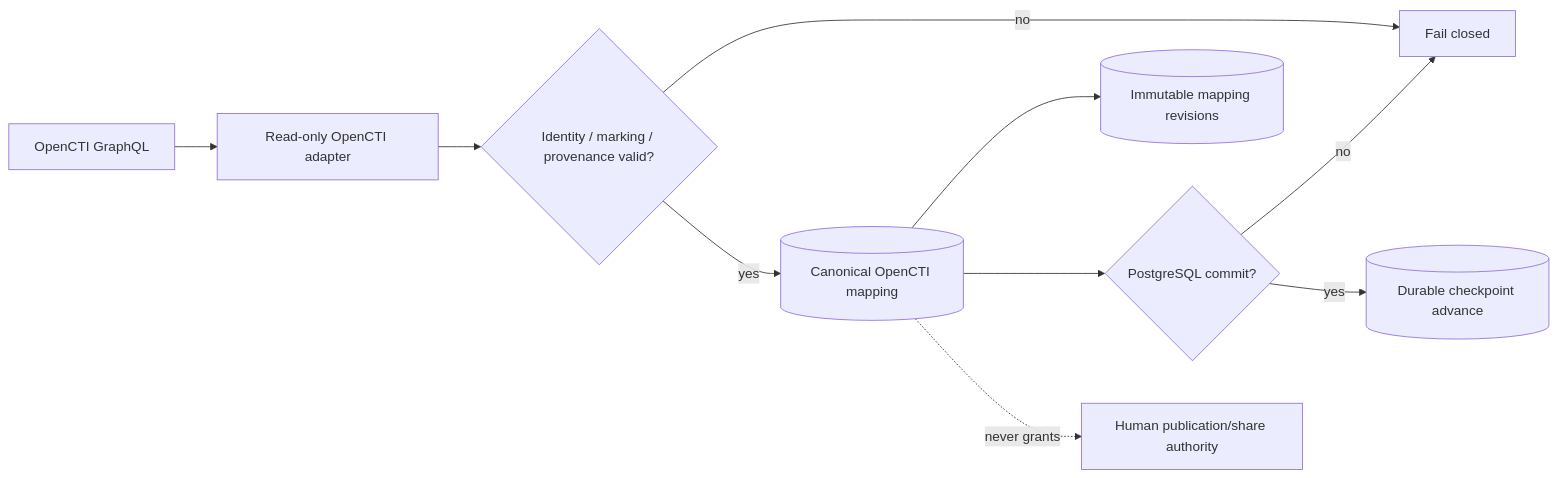
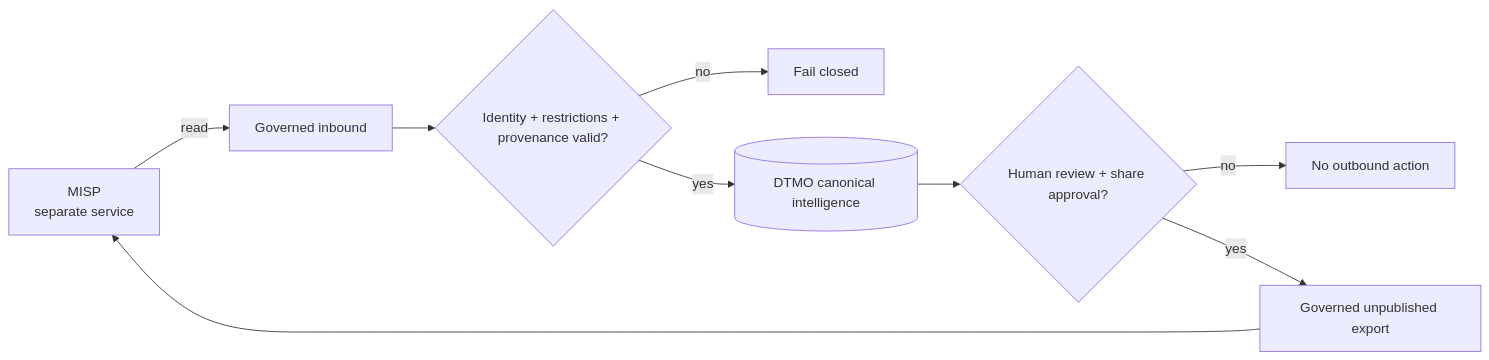
Before and after one commit to GJvManen/dtmo: the diagram in docs/project/CURRENT_STATE.md, drawn with Mermaid. The commit also changed other lines of this file, not shown here.

Commit message:
Reconcile current state for Phase 11.5 MISP contract

````diff
--- a/docs/project/CURRENT_STATE.md
+++ b/docs/project/CURRENT_STATE.md
@@ -50,12 +60,11 @@
 ```mermaid
 flowchart LR
-    O[OpenCTI GraphQL] --> A[Read-only OpenCTI adapter]
-    A --> V{Identity / marking / provenance valid?}
+    M[MISP\nseparate service] -->|read| R[Governed inbound]
+    R --> V{Identity + restrictions + provenance valid?}
     V -->|no| X[Fail closed]
-    V -->|yes| M[(Canonical OpenCTI mapping)]
-    M --> R[(Immutable mapping revisions)]
-    M --> D{PostgreSQL commit?}
-    D -->|no| X
-    D -->|yes| C[(Durable checkpoint advance)]
-    M -. never grants .-> S[Human publication/share authority]
+    V -->|yes| D[(DTMO canonical intelligence)]
+    D --> H{Human review + share approval?}
+    H -->|no| N[No outbound action]
+    H -->|yes| E[Governed unpublished export]
+    E --> M
 ```
````
